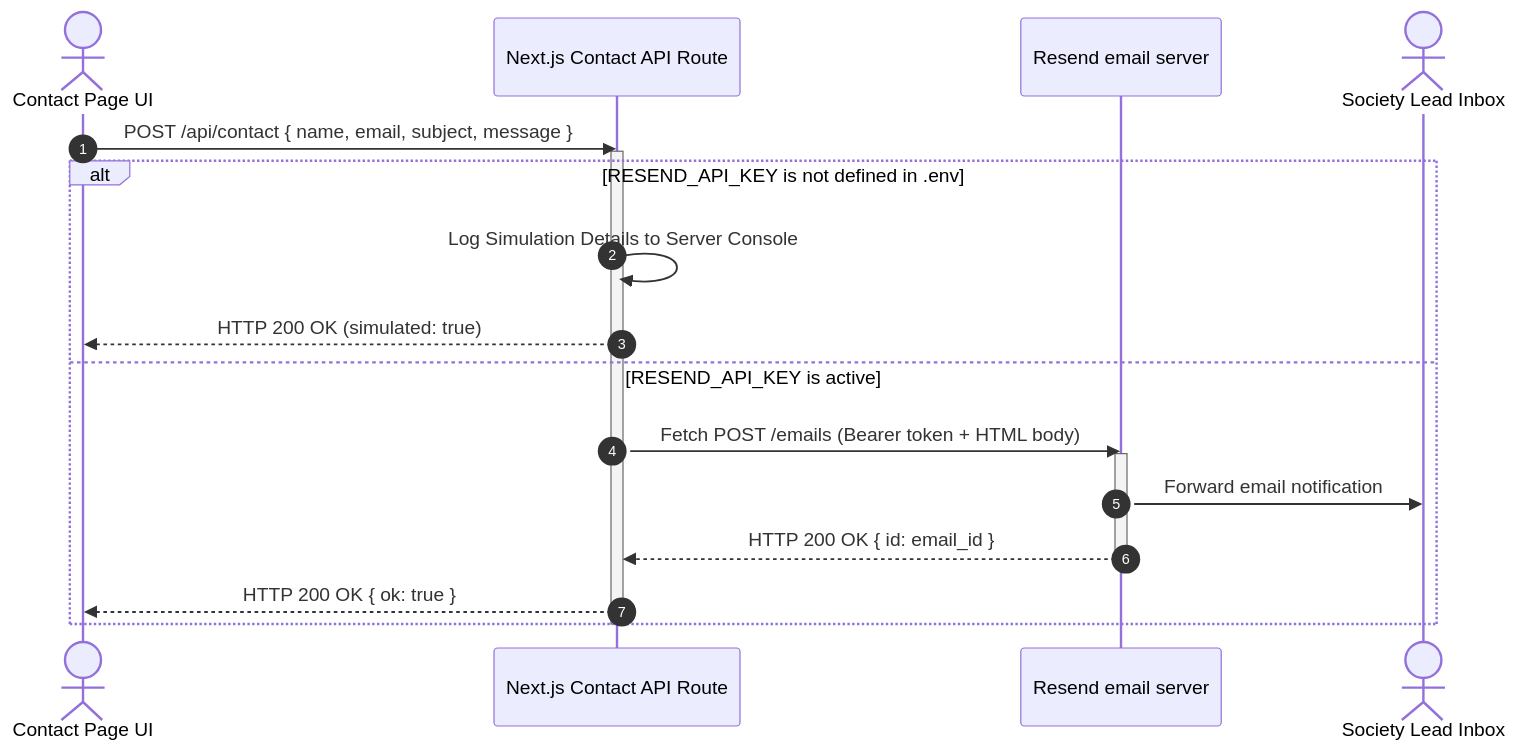
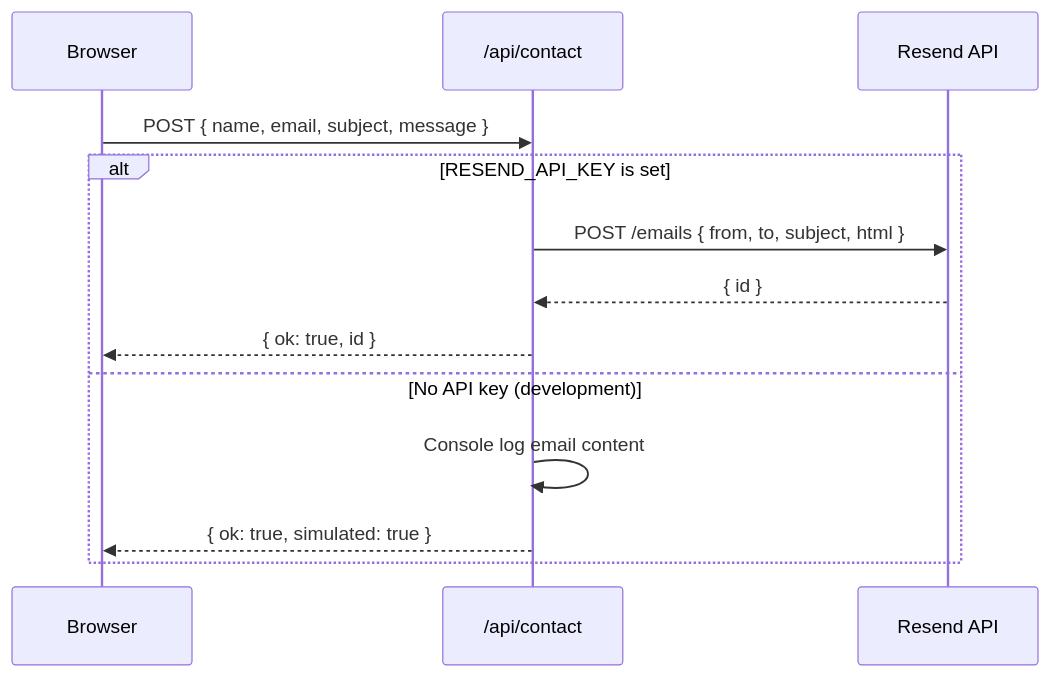
One commit to Abubakkar-Khan/css_iiui changed the seventh of 8 diagrams in README.md. Above: the diagram before and after it, drawn with Mermaid. The commit also changed other lines of this file and 7 other files, not shown here.

````diff
--- a/README.md
+++ b/README.md
@@ -162,24 +296,16 @@
 ```mermaid
 sequenceDiagram
-    autonumber
-    actor User as Contact Page UI
-    participant API as Next.js Contact API Route
-    participant Resend as Resend email server
-    actor Lead as Society Lead Inbox
+    participant B as Browser
+    participant API as /api/contact
+    participant R as Resend API
 
-    User->>API: POST /api/contact { name, email, subject, message }
-    activate API
-    
-    alt RESEND_API_KEY is not defined in .env
-        API->>API: Log Simulation Details to Server Console
-        API-->>User: HTTP 200 OK (simulated: true)
-    else RESEND_API_KEY is active
-        API->>Resend: Fetch POST /emails (Bearer token + HTML body)
-        activate Resend
-        Resend->>Lead: Forward email notification
-        Resend-->>API: HTTP 200 OK { id: email_id }
-        deactivate Resend
-        API-->>User: HTTP 200 OK { ok: true }
+    B->>API: POST { name, email, subject, message }
+    alt RESEND_API_KEY is set
+        API->>R: POST /emails { from, to, subject, html }
+        R-->>API: { id }
+        API-->>B: { ok: true, id }
+    else No API key (development)
+        API->>API: Console log email content
+        API-->>B: { ok: true, simulated: true }
     end
-    deactivate API
 ```
````
